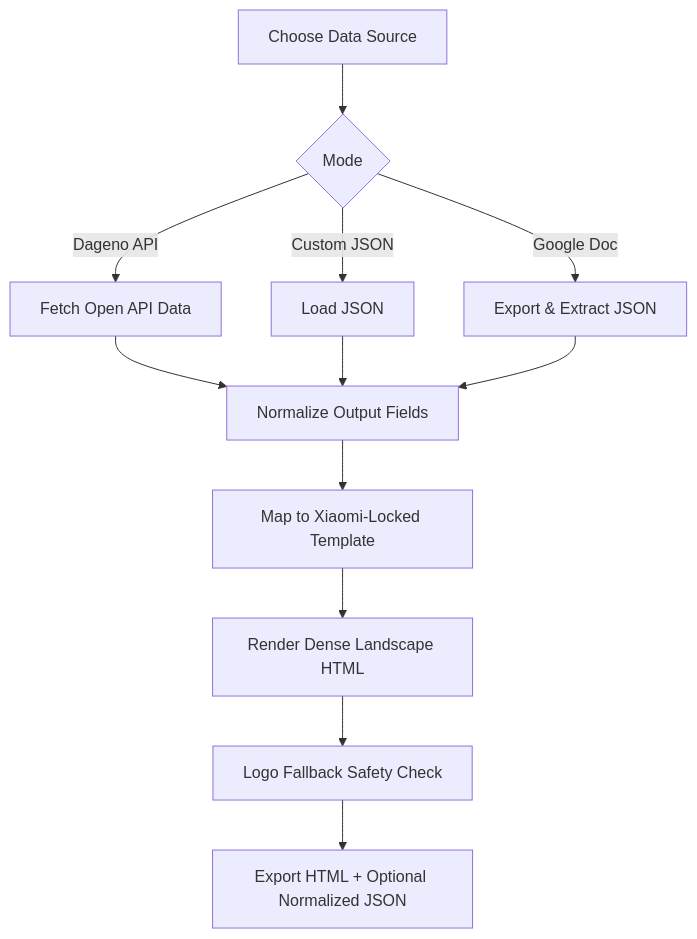
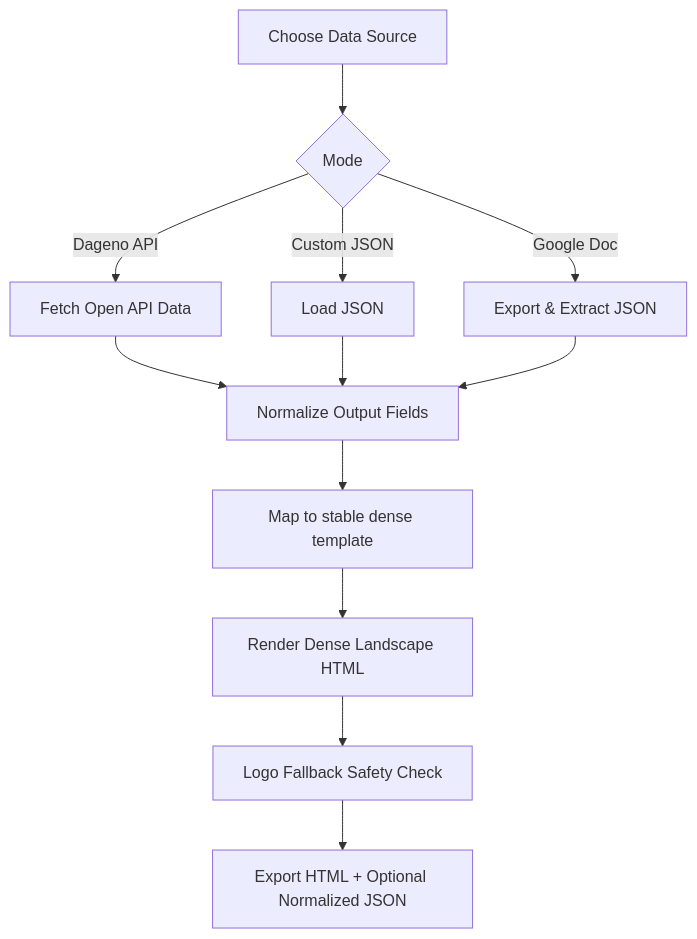
The diagram in README.md (dageno-agents/brand-ai-performance-check), drawn with Mermaid before and after one commit. The commit also changed other lines of this file and 4 other files, not shown here.

````diff
--- a/README.md
+++ b/README.md
@@ -27,14 +27,14 @@
 ```mermaid
 flowchart TD
     A[Choose Data Source] --> B{Mode}
     B -->|Dageno API| C[Fetch Open API Data]
     B -->|Custom JSON| D[Load JSON]
     B -->|Google Doc| E[Export & Extract JSON]
     C --> F[Normalize Output Fields]
     D --> F
     E --> F
-    F --> G[Map to Xiaomi-Locked Template]
+    F --> G[Map to stable dense template]
     G --> H[Render Dense Landscape HTML]
     H --> I[Logo Fallback Safety Check]
     I --> J[Export HTML + Optional Normalized JSON]
 ```
````
